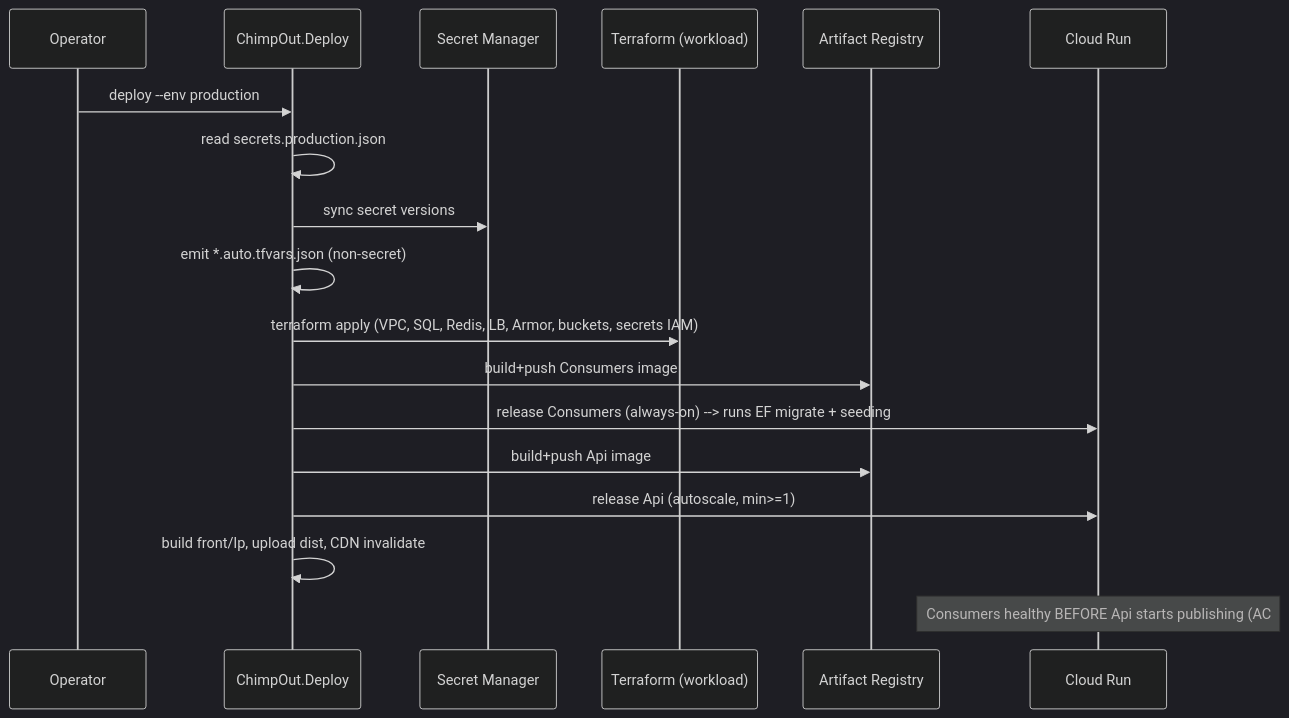
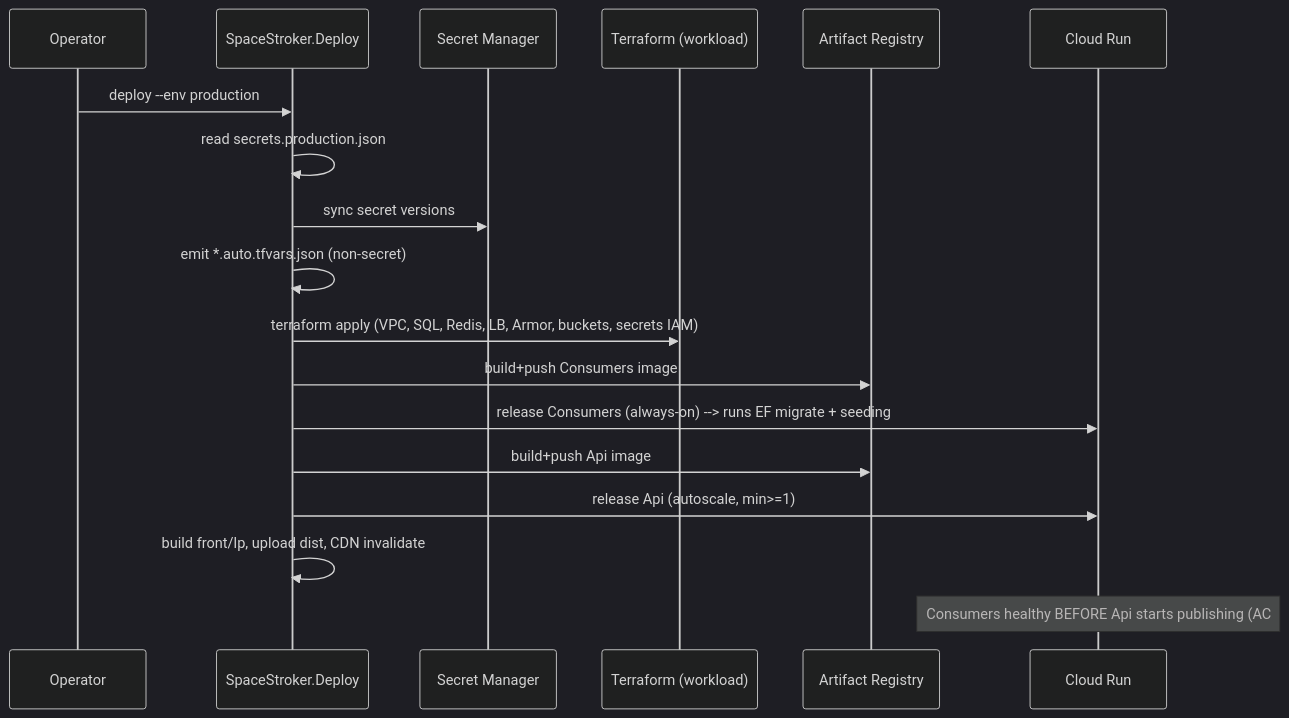
The first of 2 diagrams in specs/terraform-gcp-deploy.md (marcusruas/monkify-meta), drawn with Mermaid (dark theme) before and after one commit. The commit also changed other lines of this file and 99 other files, not shown here.

First line of the commit message:
Rename ChimpOut -> SpaceStroker across deploy + KB (#75).

````diff
--- a/specs/terraform-gcp-deploy.md
+++ b/specs/terraform-gcp-deploy.md
@@ -407,20 +407,20 @@
 ```mermaid
 sequenceDiagram
     participant Op as Operator
-    participant CLI as ChimpOut.Deploy
+    participant CLI as SpaceStroker.Deploy
     participant SM as Secret Manager
     participant TF as Terraform (workload)
     participant AR as Artifact Registry
     participant CR as Cloud Run
     Op->>CLI: deploy --env production
     CLI->>CLI: read secrets.production.json
     CLI->>SM: sync secret versions
     CLI->>CLI: emit *.auto.tfvars.json (non-secret)
     CLI->>TF: terraform apply (VPC, SQL, Redis, LB, Armor, buckets, secrets IAM)
     CLI->>AR: build+push Consumers image
     CLI->>CR: release Consumers (always-on)  --> runs EF migrate + seeding
     CLI->>AR: build+push Api image
     CLI->>CR: release Api (autoscale, min>=1)
     CLI->>CLI: build front/lp, upload dist, CDN invalidate
     Note over CR: Consumers healthy BEFORE Api starts publishing (AC #8)
 ```
````
